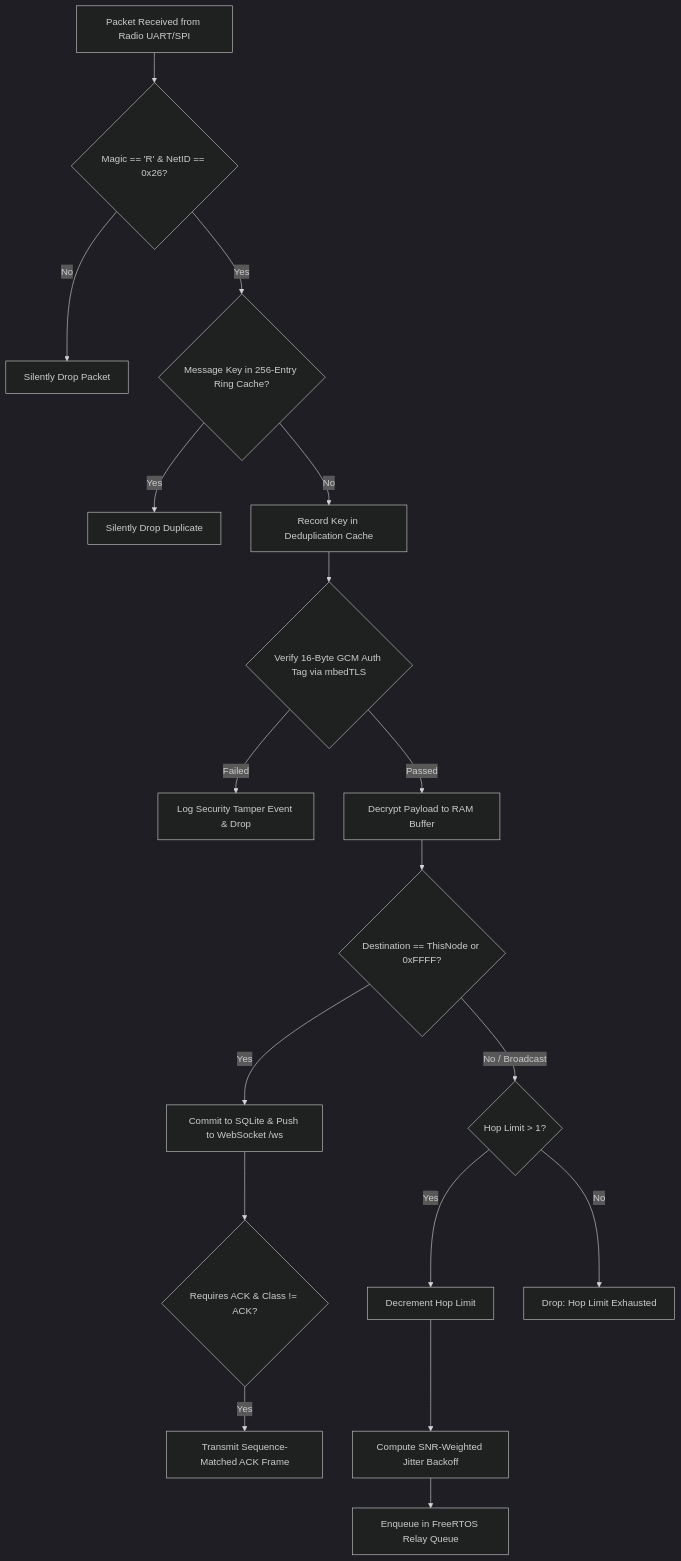
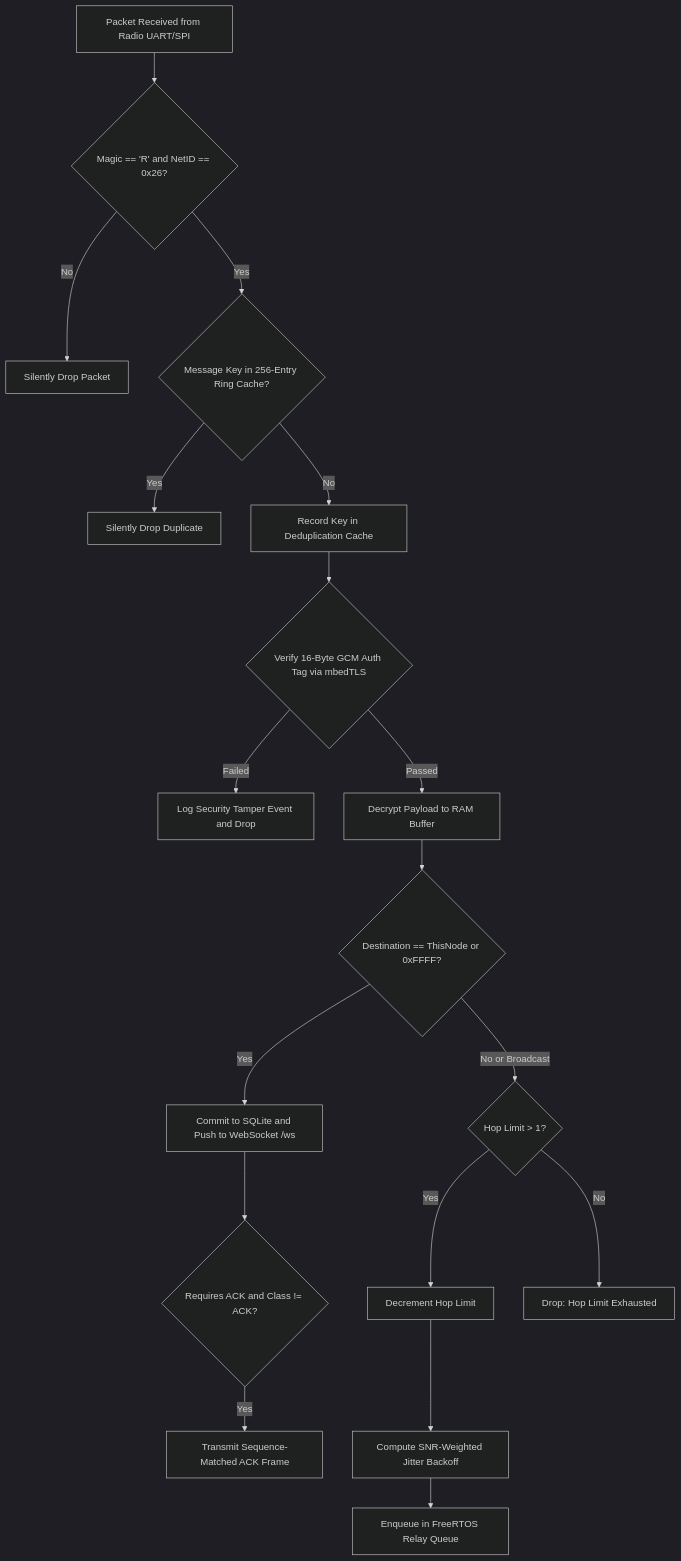
Before and after one commit to The-Usual-Idiots/LoRaResQ: the eighth of 11 diagrams in BLUEPRINT.md, drawn with Mermaid (dark theme). The commit also changed other lines of this file and 4 other files, not shown here.

Commit message:
fix(docs): sanitize all 11 Mermaid diagrams and add standalone HTML previewer

````diff
--- a/BLUEPRINT.md
+++ b/BLUEPRINT.md
@@ -518,20 +518,20 @@
 ```mermaid
 flowchart TD
-    A[Packet Received from Radio UART/SPI] --> B{Magic == 'R' & NetID == 0x26?}
-    B -- No --> DROP1[Silently Drop Packet]
-    B -- Yes --> C{Message Key in 256-Entry Ring Cache?}
-    C -- Yes --> DROP2[Silently Drop Duplicate]
-    C -- No --> D[Record Key in Deduplication Cache]
-    D --> E{Verify 16-Byte GCM Auth Tag via mbedTLS}
-    E -- Failed --> DROP3[Log Security Tamper Event & Drop]
-    E -- Passed --> F[Decrypt Payload to RAM Buffer]
-    F --> G{Destination == ThisNode or 0xFFFF?}
-    G -- Yes --> H[Commit to SQLite & Push to WebSocket /ws]
-    H --> I{Requires ACK & Class != ACK?}
-    I -- Yes --> J[Transmit Sequence-Matched ACK Frame]
-    G -- No / Broadcast --> K{Hop Limit > 1?}
-    K -- Yes --> L[Decrement Hop Limit]
-    L --> M[Compute SNR-Weighted Jitter Backoff]
-    M --> N[Enqueue in FreeRTOS Relay Queue]
-    K -- No --> DROP4[Drop: Hop Limit Exhausted]
+    A["Packet Received from Radio UART/SPI"] --> B{"Magic == 'R' and NetID == 0x26?"}
+    B -- "No" --> DROP1["Silently Drop Packet"]
+    B -- "Yes" --> C{"Message Key in 256-Entry Ring Cache?"}
+    C -- "Yes" --> DROP2["Silently Drop Duplicate"]
+    C -- "No" --> D["Record Key in Deduplication Cache"]
+    D --> E{"Verify 16-Byte GCM Auth Tag via mbedTLS"}
+    E -- "Failed" --> DROP3["Log Security Tamper Event and Drop"]
+    E -- "Passed" --> F["Decrypt Payload to RAM Buffer"]
+    F --> G{"Destination == ThisNode or 0xFFFF?"}
+    G -- "Yes" --> H["Commit to SQLite and Push to WebSocket /ws"]
+    H --> I{"Requires ACK and Class != ACK?"}
+    I -- "Yes" --> J["Transmit Sequence-Matched ACK Frame"]
+    G -- "No or Broadcast" --> K{"Hop Limit > 1?"}
+    K -- "Yes" --> L["Decrement Hop Limit"]
+    L --> M["Compute SNR-Weighted Jitter Backoff"]
+    M --> N["Enqueue in FreeRTOS Relay Queue"]
+    K -- "No" --> DROP4["Drop: Hop Limit Exhausted"]
 ```
````
